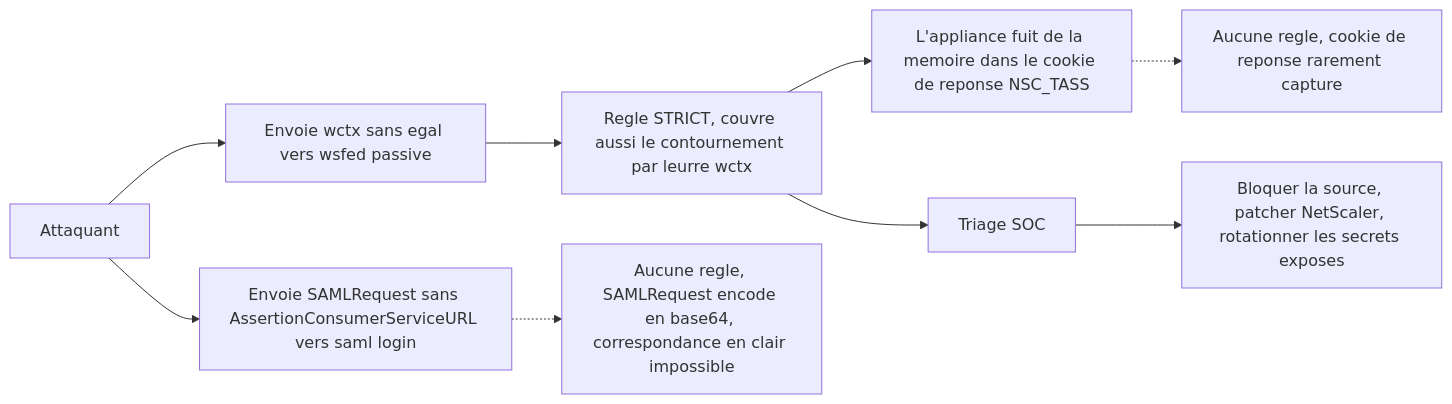
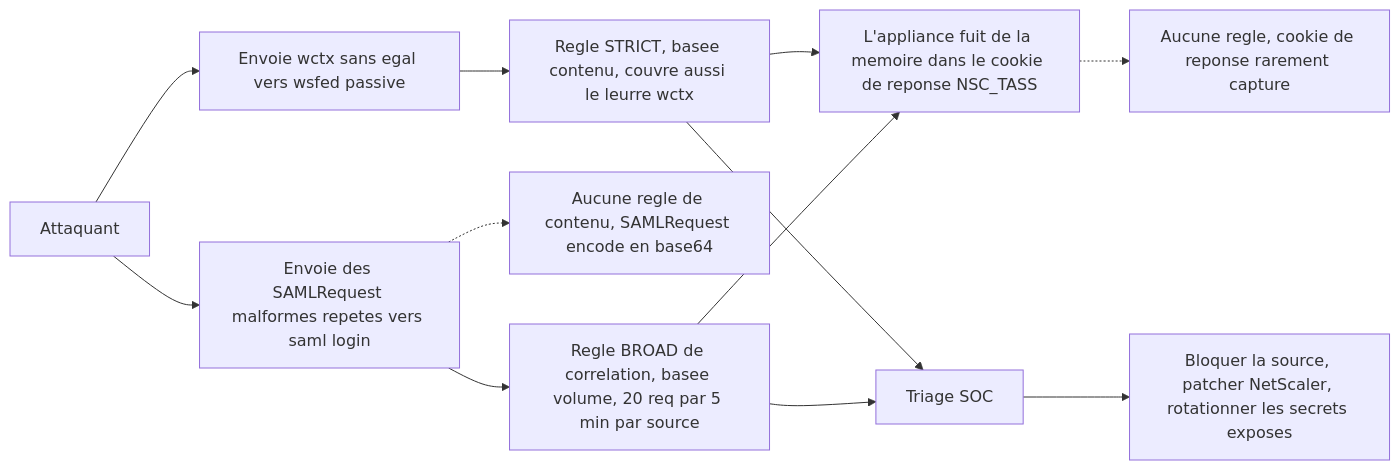
The diagram in CVE-2026-3055_Citrix_NetScaler_CitrixBleed3/diagrams/DIAGRAM_CVE-2026-3055_ATTACK_DETECTION_RESPONSE_FR.mmd (Hatchepsoute/sigma-rules), drawn with Mermaid before and after one commit. The commit also changed 14 other files, not shown here.

```diff
--- a/CVE-2026-3055_Citrix_NetScaler_CitrixBleed3/diagrams/DIAGRAM_CVE-2026-3055_ATTACK_DETECTION_RESPONSE_FR.mmd
+++ b/CVE-2026-3055_Citrix_NetScaler_CitrixBleed3/diagrams/DIAGRAM_CVE-2026-3055_ATTACK_DETECTION_RESPONSE_FR.mmd
@@ -1,9 +1,12 @@
 flowchart LR
     A[Attaquant] --> B[Envoie wctx sans egal vers wsfed passive]
-    A --> C[Envoie SAMLRequest sans AssertionConsumerServiceURL vers saml login]
-    B --> D[Regle STRICT, couvre aussi le contournement par leurre wctx]
-    C -.-> E[Aucune regle, SAMLRequest encode en base64, correspondance en clair impossible]
-    D --> F[L'appliance fuit de la memoire dans le cookie de reponse NSC_TASS]
-    F -.-> G[Aucune regle, cookie de reponse rarement capture]
-    D --> H[Triage SOC]
-    H --> I[Bloquer la source, patcher NetScaler, rotationner les secrets exposes]
+    A --> C[Envoie des SAMLRequest malformes repetes vers saml login]
+    B --> D[Regle STRICT, basee contenu, couvre aussi le leurre wctx]
+    C -.-> E[Aucune regle de contenu, SAMLRequest encode en base64]
+    C --> F[Regle BROAD de correlation, basee volume, 20 req par 5 min par source]
+    D --> G[L'appliance fuit de la memoire dans le cookie de reponse NSC_TASS]
+    F --> G
+    G -.-> H[Aucune regle, cookie de reponse rarement capture]
+    D --> I[Triage SOC]
+    F --> I
+    I --> J[Bloquer la source, patcher NetScaler, rotationner les secrets exposes]
```
